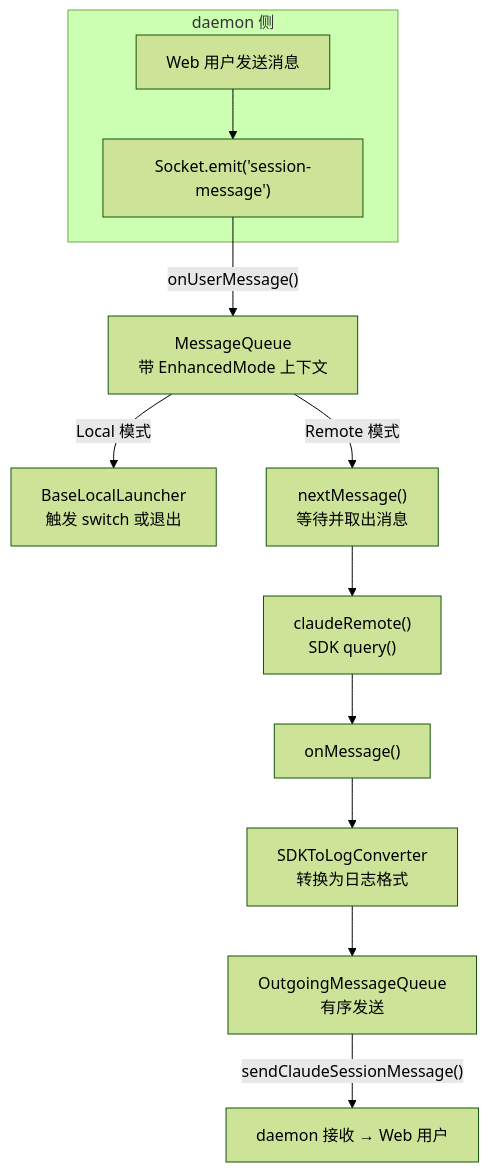
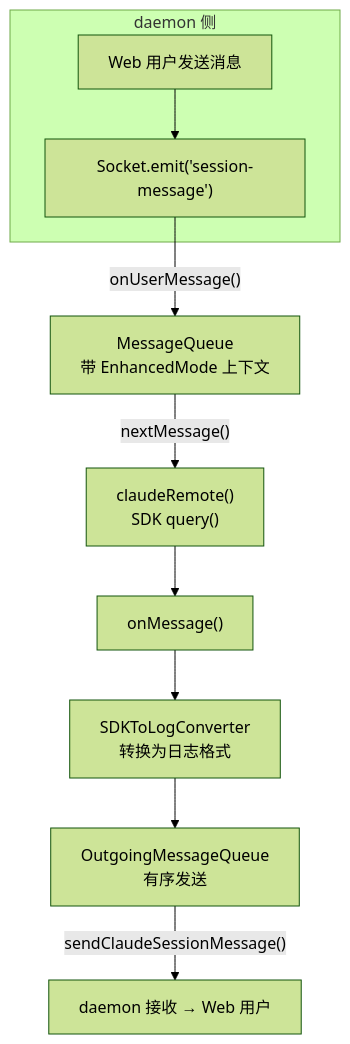
One commit to ModuBit/mobi changed the sixth of 7 diagrams in docs/architecture/cli/commands/claude/README.md. Above: the diagram before and after it, drawn with Mermaid (forest theme). The commit also changed other lines of this file and 96 other files, not shown here.

````diff
--- a/docs/architecture/cli/commands/claude/README.md
+++ b/docs/architecture/cli/commands/claude/README.md
@@ -335,17 +281,14 @@
 ```mermaid
 flowchart TB
     subgraph daemon["daemon 侧"]
         User["Web 用户发送消息"] --> Emit["Socket.emit('session-message')"]
     end
 
     Emit -->|"onUserMessage()"| Queue["MessageQueue<br/>带 EnhancedMode 上下文"]
 
-    Queue -->|"Local 模式"| LocalPath["BaseLocalLauncher<br/>触发 switch 或退出"]
-    Queue -->|"Remote 模式"| RemotePath["nextMessage()<br/>等待并取出消息"]
-
-    RemotePath --> SDK["claudeRemote()<br/>SDK query()"]
+    Queue -->|"nextMessage()"| SDK["claudeRemote()<br/>SDK query()"]
     SDK --> OnMsg["onMessage()"]
     OnMsg --> Convert["SDKToLogConverter<br/>转换为日志格式"]
     Convert --> Outgoing["OutgoingMessageQueue<br/>有序发送"]
     Outgoing -->|"sendClaudeSessionMessage()"| DaemonRecv["daemon 接收 → Web 用户"]
 ```
````
